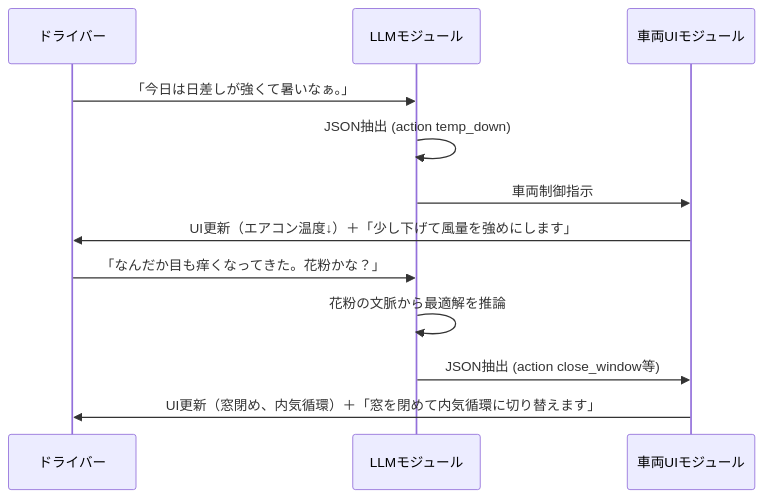
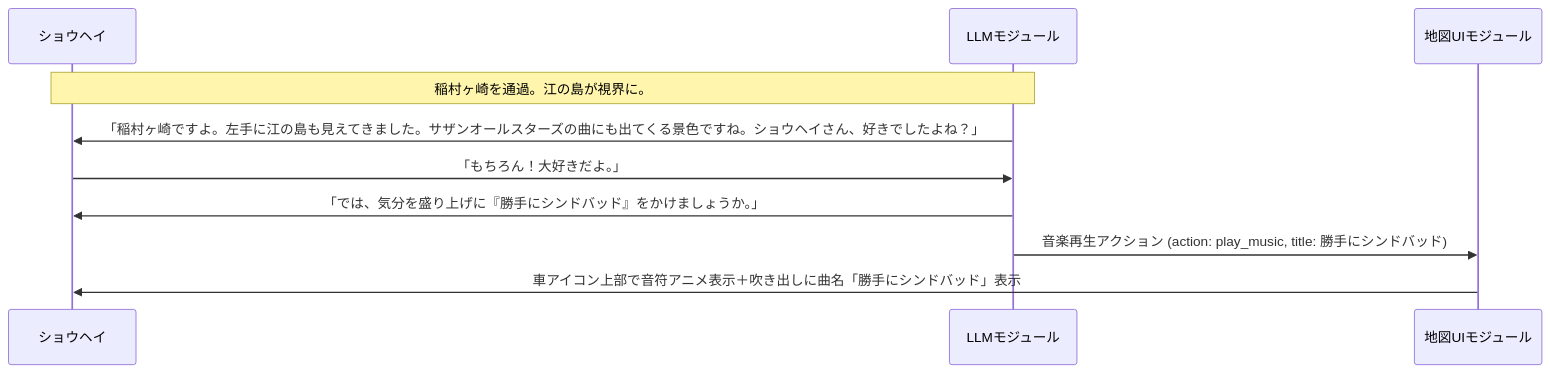
Before and after one commit to yamaPiT/VoiceNavi: the sixth of 7 diagrams in doc/SW105_ソフトウェア要求仕様書.md, drawn with Mermaid. The commit also changed other lines of this file and 5462 other files, not shown here.

````diff
--- a/doc/SW105_ソフトウェア要求仕様書.md
+++ b/doc/SW105_ソフトウェア要求仕様書.md
@@ -160,15 +235,13 @@
 ```mermaid
 sequenceDiagram
-    participant D as ドライバー
+    participant S as ショウヘイ
     participant L as LLMモジュール
-    participant V as 車両UIモジュール
-    
-    D->>L: 「今日は日差しが強くて暑いなぁ。」
-    L->>L: JSON抽出 (action temp_down)
-    L->>V: 車両制御指示
-    V->>D: UI更新（エアコン温度↓）＋「少し下げて風量を強めにします」
-    D->>L: 「なんだか目も痒くなってきた。花粉かな？」
-    L->>L: 花粉の文脈から最適解を推論
-    L->>V: JSON抽出 (action close_window等)
-    V->>D: UI更新（窓閉め、内気循環）＋「窓を閉めて内気循環に切り替えます」
+    participant UI as 地図UIモジュール
+
+    Note over S,L: 稲村ヶ崎を通過。江の島が視界に。
+    L->>S: 「稲村ヶ崎ですよ。左手に江の島も見えてきました。サザンオールスターズの曲にも出てくる景色ですね。ショウヘイさん、好きでしたよね？」
+    S->>L: 「もちろん！大好きだよ。」
+    L->>S: 「では、気分を盛り上げに『勝手にシンドバッド』をかけましょうか。」
+    L->>UI: 音楽再生アクション (action: play_music, title: 勝手にシンドバッド)
+    UI->>S: 車アイコン上部で音符アニメ表示＋吹き出しに曲名「勝手にシンドバッド」表示
 ```
````
